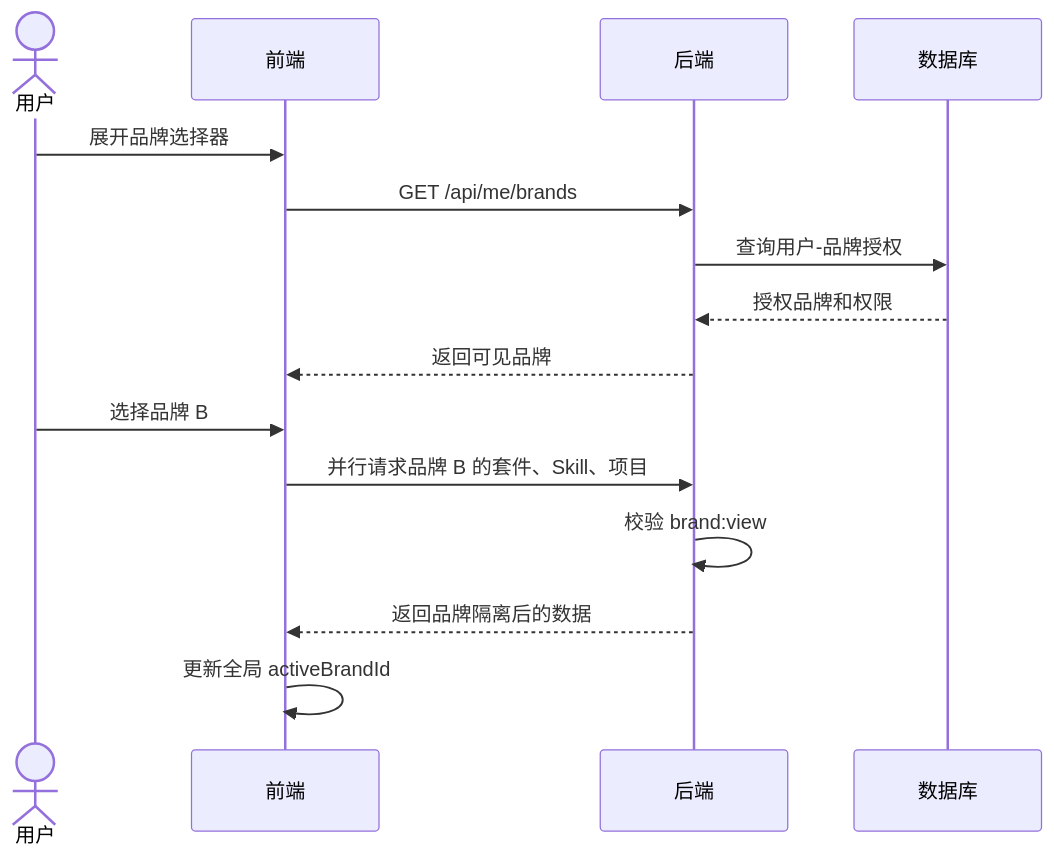
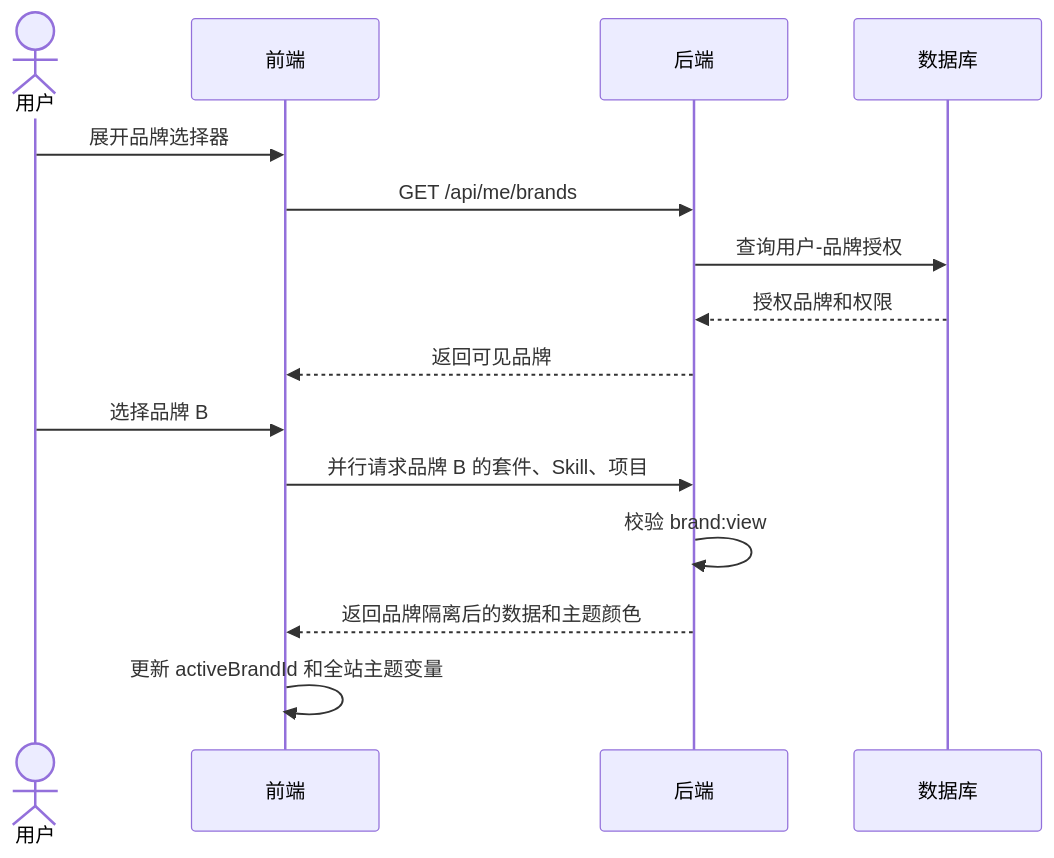
One commit to hippo61666/- changed the second of 10 diagrams in docs/backend-system-logic.md. Above: the diagram before and after it, drawn with Mermaid. The commit also changed other lines of this file and 3 other files, not shown here.

````diff
--- a/docs/backend-system-logic.md
+++ b/docs/backend-system-logic.md
@@ -122,18 +140,18 @@
 ```mermaid
 sequenceDiagram
     actor U as 用户
     participant FE as 前端
     participant API as 后端
     participant DB as 数据库
 
     U->>FE: 展开品牌选择器
     FE->>API: GET /api/me/brands
     API->>DB: 查询用户-品牌授权
     DB-->>API: 授权品牌和权限
     API-->>FE: 返回可见品牌
     U->>FE: 选择品牌 B
     FE->>API: 并行请求品牌 B 的套件、Skill、项目
     API->>API: 校验 brand:view
-    API-->>FE: 返回品牌隔离后的数据
-    FE->>FE: 更新全局 activeBrandId
+    API-->>FE: 返回品牌隔离后的数据和主题颜色
+    FE->>FE: 更新 activeBrandId 和全站主题变量
 ```
````
